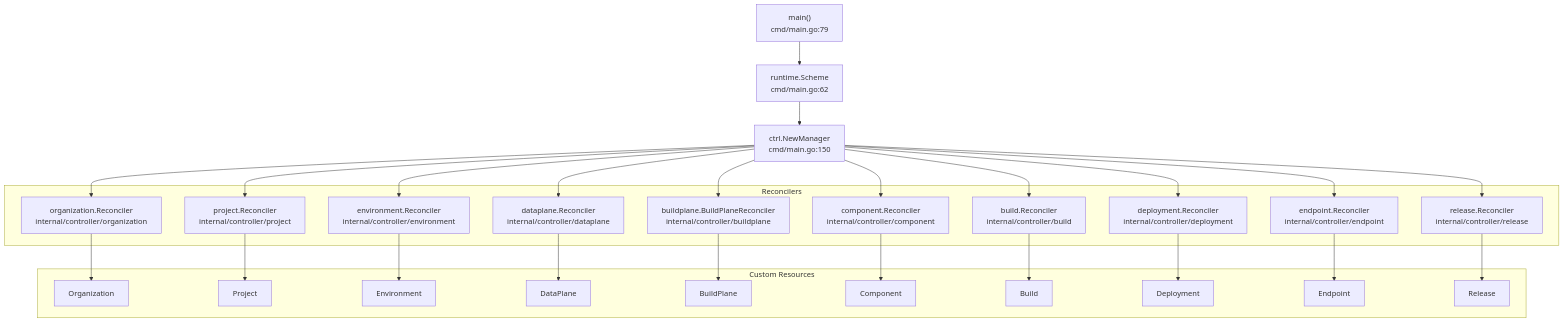
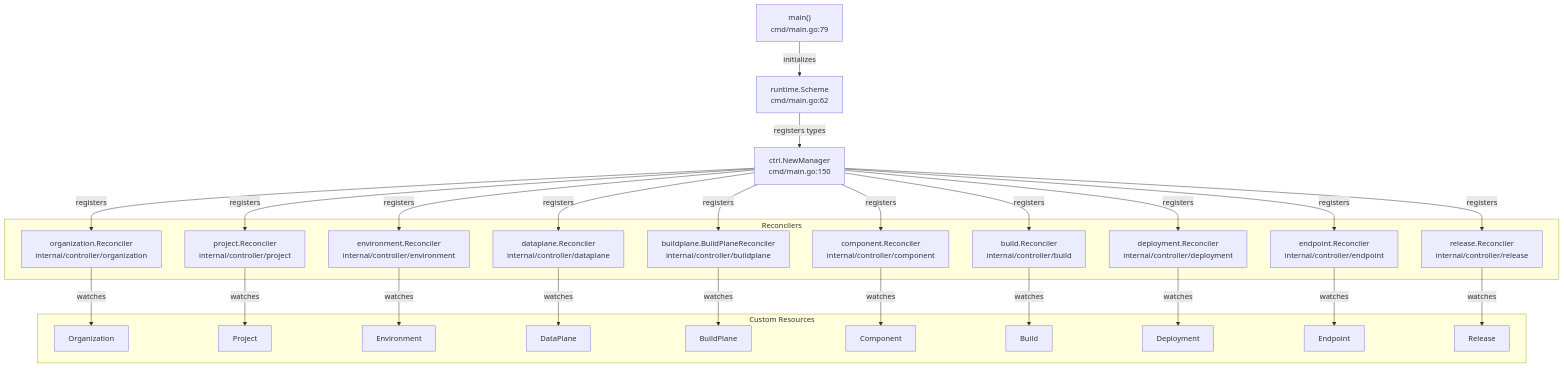
Before and after one commit to openchoreo/openchoreo: the second of 7 diagrams in docs/deepwiki/Architecture.md, drawn with Mermaid. The commit also changed other lines of this file and 85 other files, not shown here.

Commit message:
feat: Add new workflow and specification templates, update Helm chart dependencies, and clarify documentation diagrams.

````diff
--- a/docs/deepwiki/Architecture.md
+++ b/docs/deepwiki/Architecture.md
@@ -101,76 +101,76 @@
 ```mermaid
 flowchart TD
 
 Main["main()<br>cmd/main.go:79"]
 Scheme["runtime.Scheme<br>cmd/main.go:62"]
 Manager["ctrl.NewManager<br>cmd/main.go:150"]
 OrgRec["organization.Reconciler<br>internal/controller/organization"]
 ProjRec["project.Reconciler<br>internal/controller/project"]
 EnvRec["environment.Reconciler<br>internal/controller/environment"]
 DPRec["dataplane.Reconciler<br>internal/controller/dataplane"]
 BPRec["buildplane.BuildPlaneReconciler<br>internal/controller/buildplane"]
 CompRec["component.Reconciler<br>internal/controller/component"]
 BuildRec["build.Reconciler<br>internal/controller/build"]
 DeployRec["deployment.Reconciler<br>internal/controller/deployment"]
 EPRec["endpoint.Reconciler<br>internal/controller/endpoint"]
 ReleaseRec["release.Reconciler<br>internal/controller/release"]
 OrgCR["Organization"]
 ProjCR["Project"]
 EnvCR["Environment"]
 DPCR["DataPlane"]
 BPCR["BuildPlane"]
 CompCR["Component"]
 BuildCR["Build"]
 DeployCR["Deployment"]
 EPCR["Endpoint"]
 ReleaseCR["Release"]
 
-Main --> Scheme
-Scheme --> Manager
-Manager --> OrgRec
-Manager --> ProjRec
-Manager --> EnvRec
-Manager --> DPRec
-Manager --> BPRec
-Manager --> CompRec
-Manager --> BuildRec
-Manager --> DeployRec
-Manager --> EPRec
-Manager --> ReleaseRec
-OrgRec --> OrgCR
-ProjRec --> ProjCR
-EnvRec --> EnvCR
-DPRec --> DPCR
-BPRec --> BPCR
-CompRec --> CompCR
-BuildRec --> BuildCR
-DeployRec --> DeployCR
-EPRec --> EPCR
-ReleaseRec --> ReleaseCR
+Main -->|"initializes"| Scheme
+Scheme -->|"registers types"| Manager
+Manager -->|"registers"| OrgRec
+Manager -->|"registers"| ProjRec
+Manager -->|"registers"| EnvRec
+Manager -->|"registers"| DPRec
+Manager -->|"registers"| BPRec
+Manager -->|"registers"| CompRec
+Manager -->|"registers"| BuildRec
+Manager -->|"registers"| DeployRec
+Manager -->|"registers"| EPRec
+Manager -->|"registers"| ReleaseRec
+OrgRec -->|"watches"| OrgCR
+ProjRec -->|"watches"| ProjCR
+EnvRec -->|"watches"| EnvCR
+DPRec -->|"watches"| DPCR
+BPRec -->|"watches"| BPCR
+CompRec -->|"watches"| CompCR
+BuildRec -->|"watches"| BuildCR
+DeployRec -->|"watches"| DeployCR
+EPRec -->|"watches"| EPCR
+ReleaseRec -->|"watches"| ReleaseCR
 
 subgraph subGraph1 ["Custom Resources"]
     OrgCR
     ProjCR
     EnvCR
     DPCR
     BPCR
     CompCR
     BuildCR
     DeployCR
     EPCR
     ReleaseCR
 end
 
 subgraph Reconcilers ["Reconcilers"]
     OrgRec
     ProjRec
     EnvRec
     DPRec
     BPRec
     CompRec
     BuildRec
     DeployRec
     EPRec
     ReleaseRec
 end
 ```
````
